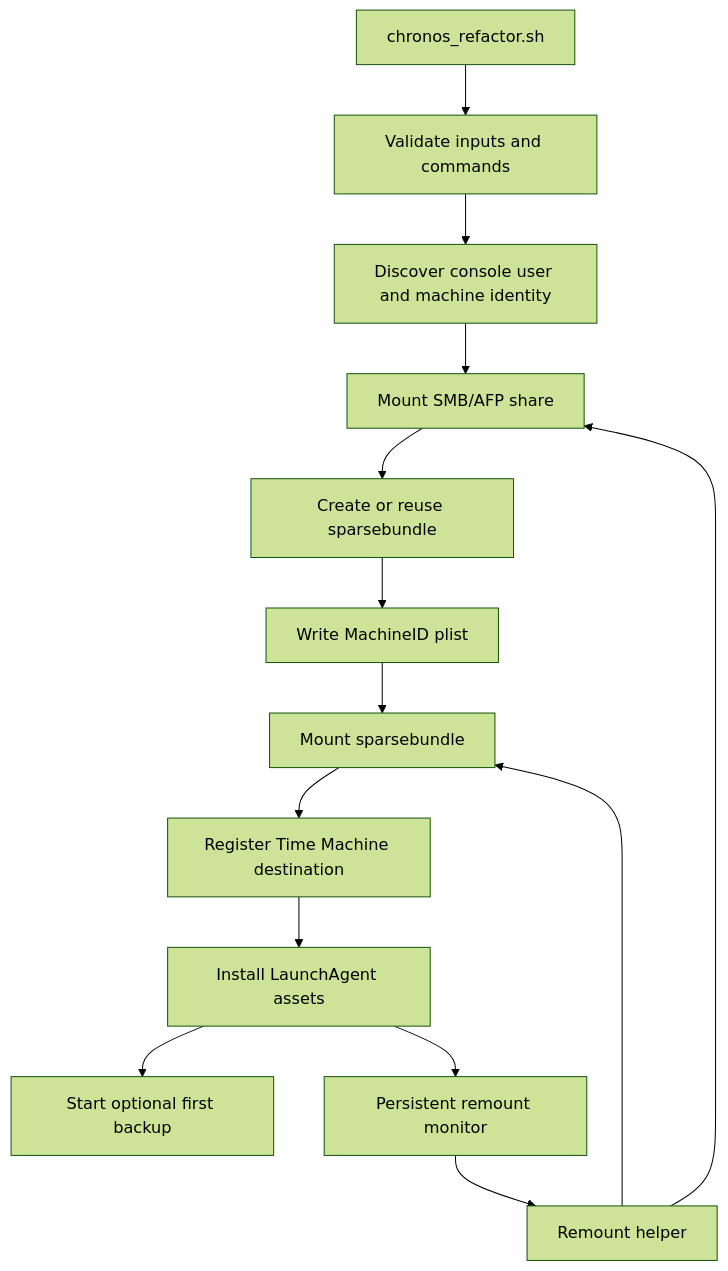
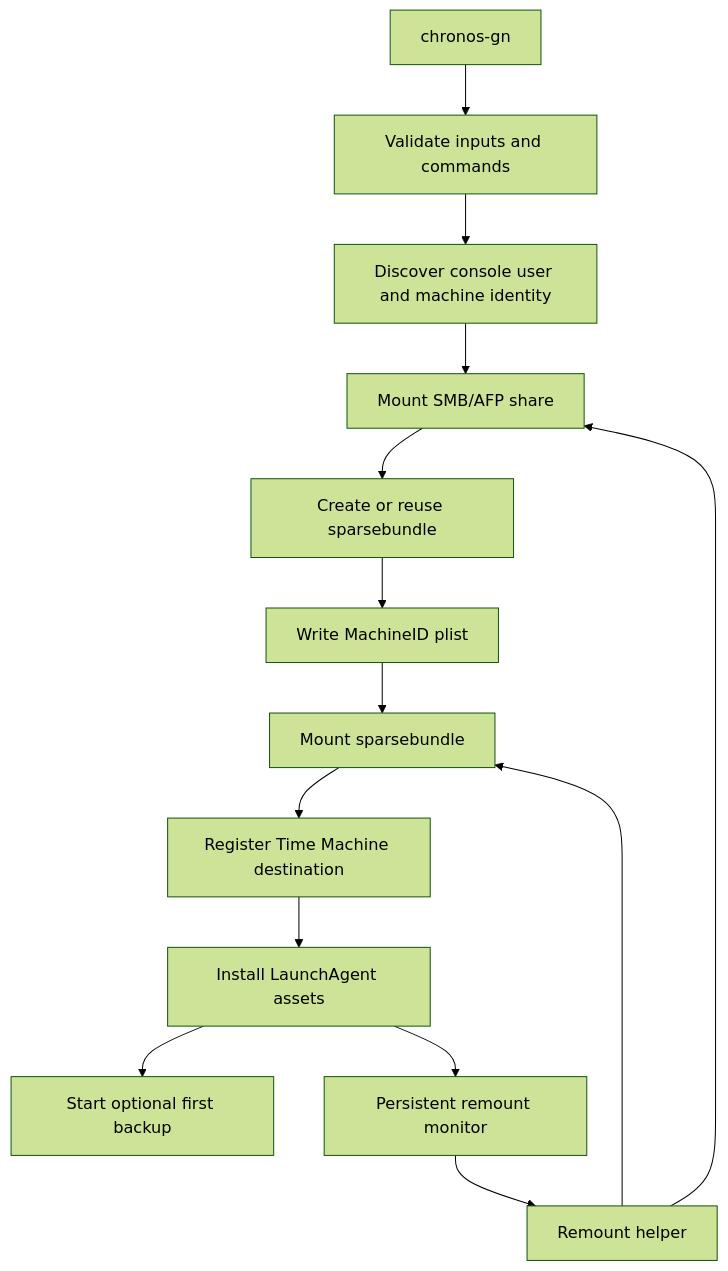
The diagram in docs/architecture.md (andrewkc98/Chronos-Main), drawn with Mermaid (forest theme) before and after one commit. The commit also changed other lines of this file and 30 other files, not shown here.

````diff
--- a/docs/architecture.md
+++ b/docs/architecture.md
@@ -9,16 +9,16 @@
 ```mermaid
 flowchart TD
-    A[chronos_refactor.sh] --> B[Validate inputs and commands]
+    A[chronos-gn] --> B[Validate inputs and commands]
     B --> C[Discover console user and machine identity]
     C --> D[Mount SMB/AFP share]
     D --> E[Create or reuse sparsebundle]
     E --> F[Write MachineID plist]
     F --> G[Mount sparsebundle]
     G --> H[Register Time Machine destination]
     H --> I[Install LaunchAgent assets]
     I --> J[Start optional first backup]
     I --> K[Persistent remount monitor]
     K --> L[Remount helper]
     L --> D
     L --> G
 ```
````
